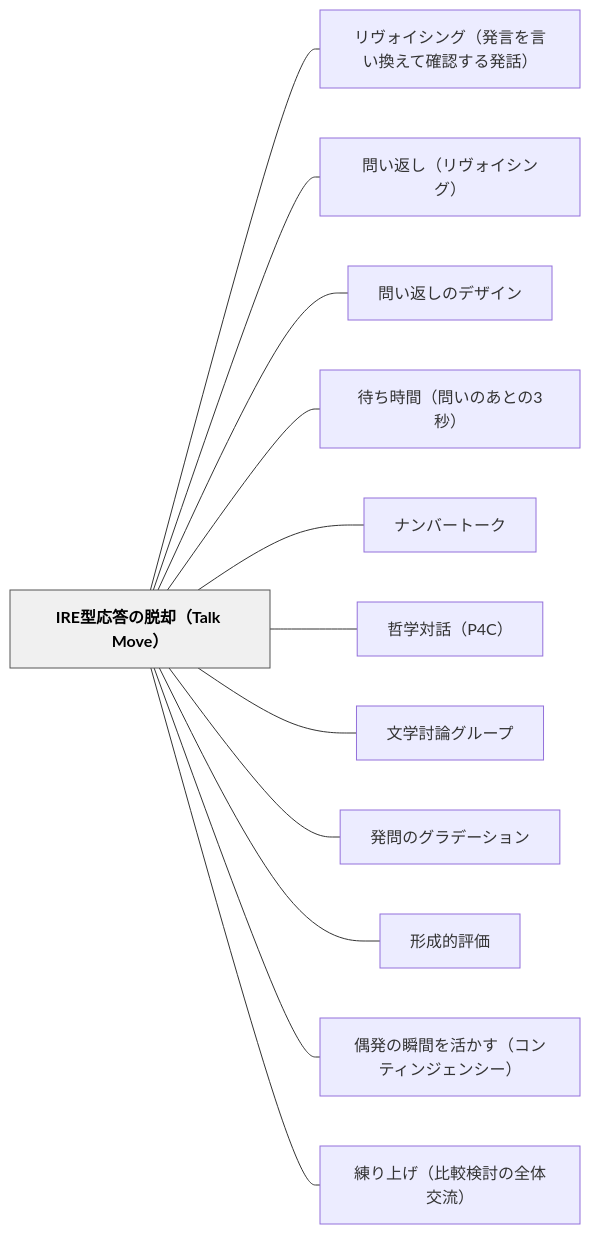
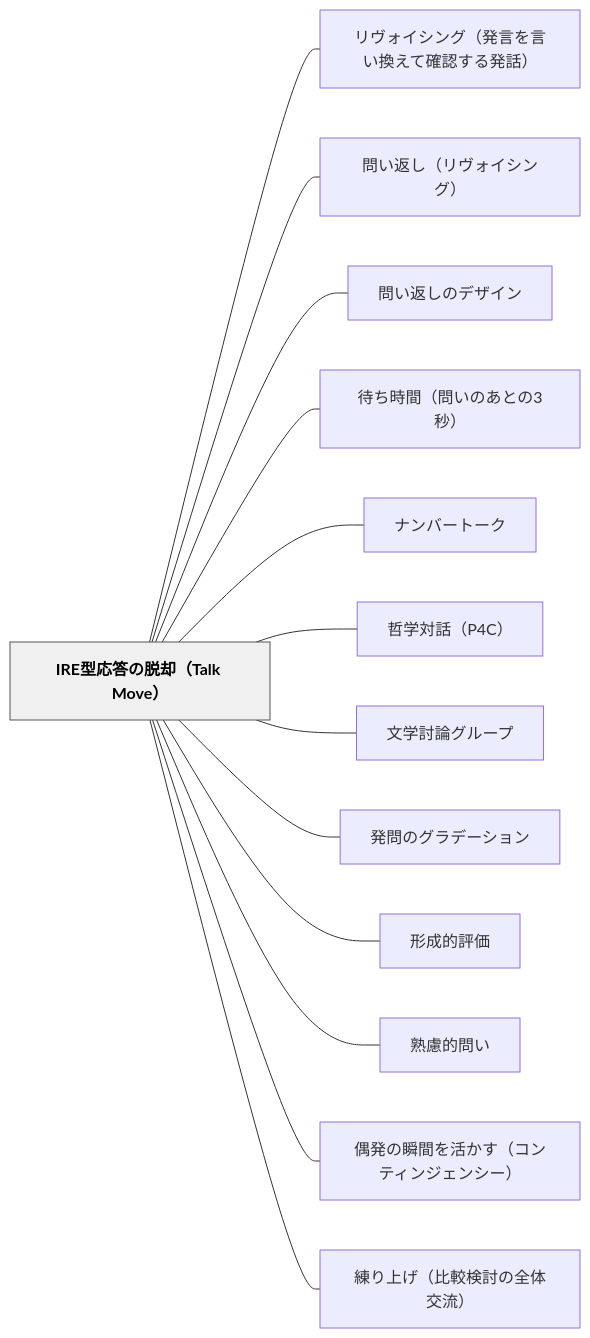
The diagram in content/パタン/IRE型応答の脱却（Talk Move）.md (unknownthings-ed-patterns/unknownthings-ed-patterns), drawn with Mermaid before and after one commit. The commit also changed other lines of this file, not shown here.

Commit message:
auto: Obsidianから同期 2026-11-01 08:25

````diff
--- a/content/パタン/IRE型応答の脱却（Talk Move）.md
+++ b/content/パタン/IRE型応答の脱却（Talk Move）.md
@@ -153,30 +154,32 @@
 ```mermaid
 flowchart LR
     n495245e59e8be5bf9ce7ad94e381aee884b1e58db4efbc8854616c6b204d6f7665efbc89["IRE型応答の脱却（Talk Move）"]
     ne383aae383b4e382a9e382a4e382b7e383b3e382b0efbc88e799bae8a880e38292e8a880e38184e68f9be38188e381a6e7a2bae8aa8de38199e3828be799bae8a9b1efbc89["リヴォイシング（発言を言い換えて確認する発話）"]
     ne5958fe38184e8bf94e38197efbc88e383aae383b4e382a9e382a4e382b7e383b3e382b0efbc89["問い返し（リヴォイシング）"]
     ne5958fe38184e8bf94e38197e381aee38387e382b6e382a4e383b3["問い返しのデザイン"]
     ne5be85e381a1e69982e99693efbc88e5958fe38184e381aee38182e381a8e381ae33e7a792efbc89["待ち時間（問いのあとの3秒）"]
     ne3838ae383b3e38390e383bce38388e383bce382af["ナンバートーク"]
     ne593b2e5ada6e5afbee8a9b1efbc88503443efbc89["哲学対話（P4C）"]
     ne69687e5ada6e8a88ee8ab96e382b0e383abe383bce38397["文学討論グループ"]
     ne799bae5958fe381aee382b0e383a9e38387e383bce382b7e383a7e383b3["発問のグラデーション"]
     ne5bda2e68890e79a84e8a995e4bea1["形成的評価"]
+    ne7869fe685aee79a84e5958fe38184["熟慮的問い"]
     ne581b6e799bae381aee79eace99693e38292e6b4bbe3818be38199efbc88e382b3e383b3e38386e382a3e383b3e382b8e382a7e383b3e382b7e383bcefbc89["偶発の瞬間を活かす（コンティンジェンシー）"]
     ne7b7b4e3828ae4b88ae38192efbc88e6af94e8bc83e6a49ce8a88ee381aee585a8e4bd93e4baa4e6b581efbc89["練り上げ（比較検討の全体交流）"]
 
     n495245e59e8be5bf9ce7ad94e381aee884b1e58db4efbc8854616c6b204d6f7665efbc89 --- ne383aae383b4e382a9e382a4e382b7e383b3e382b0efbc88e799bae8a880e38292e8a880e38184e68f9be38188e381a6e7a2bae8aa8de38199e3828be799bae8a9b1efbc89
     n495245e59e8be5bf9ce7ad94e381aee884b1e58db4efbc8854616c6b204d6f7665efbc89 --- ne5958fe38184e8bf94e38197efbc88e383aae383b4e382a9e382a4e382b7e383b3e382b0efbc89
     n495245e59e8be5bf9ce7ad94e381aee884b1e58db4efbc8854616c6b204d6f7665efbc89 --- ne5958fe38184e8bf94e38197e381aee38387e382b6e382a4e383b3
     n495245e59e8be5bf9ce7ad94e381aee884b1e58db4efbc8854616c6b204d6f7665efbc89 --- ne5be85e381a1e69982e99693efbc88e5958fe38184e381aee38182e381a8e381ae33e7a792efbc89
     n495245e59e8be5bf9ce7ad94e381aee884b1e58db4efbc8854616c6b204d6f7665efbc89 --- ne3838ae383b3e38390e383bce38388e383bce382af
     n495245e59e8be5bf9ce7ad94e381aee884b1e58db4efbc8854616c6b204d6f7665efbc89 --- ne593b2e5ada6e5afbee8a9b1efbc88503443efbc89
     n495245e59e8be5bf9ce7ad94e381aee884b1e58db4efbc8854616c6b204d6f7665efbc89 --- ne69687e5ada6e8a88ee8ab96e382b0e383abe383bce38397
     n495245e59e8be5bf9ce7ad94e381aee884b1e58db4efbc8854616c6b204d6f7665efbc89 --- ne799bae5958fe381aee382b0e383a9e38387e383bce382b7e383a7e383b3
     n495245e59e8be5bf9ce7ad94e381aee884b1e58db4efbc8854616c6b204d6f7665efbc89 --- ne5bda2e68890e79a84e8a995e4bea1
+    n495245e59e8be5bf9ce7ad94e381aee884b1e58db4efbc8854616c6b204d6f7665efbc89 --- ne7869fe685aee79a84e5958fe38184
     n495245e59e8be5bf9ce7ad94e381aee884b1e58db4efbc8854616c6b204d6f7665efbc89 --- ne581b6e799bae381aee79eace99693e38292e6b4bbe3818be38199efbc88e382b3e383b3e38386e382a3e383b3e382b8e382a7e383b3e382b7e383bcefbc89
     n495245e59e8be5bf9ce7ad94e381aee884b1e58db4efbc8854616c6b204d6f7665efbc89 --- ne7b7b4e3828ae4b88ae38192efbc88e6af94e8bc83e6a49ce8a88ee381aee585a8e4bd93e4baa4e6b581efbc89
 
     classDef hub fill:#f0f0f0,stroke:#555,color:#000,font-weight:bold
     class n495245e59e8be5bf9ce7ad94e381aee884b1e58db4efbc8854616c6b204d6f7665efbc89 hub
 ```
````
